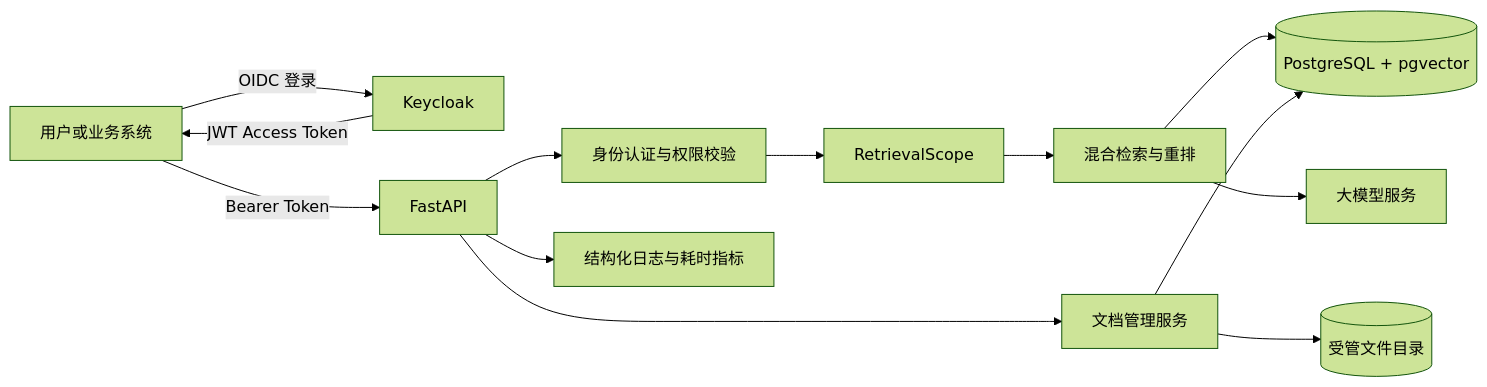
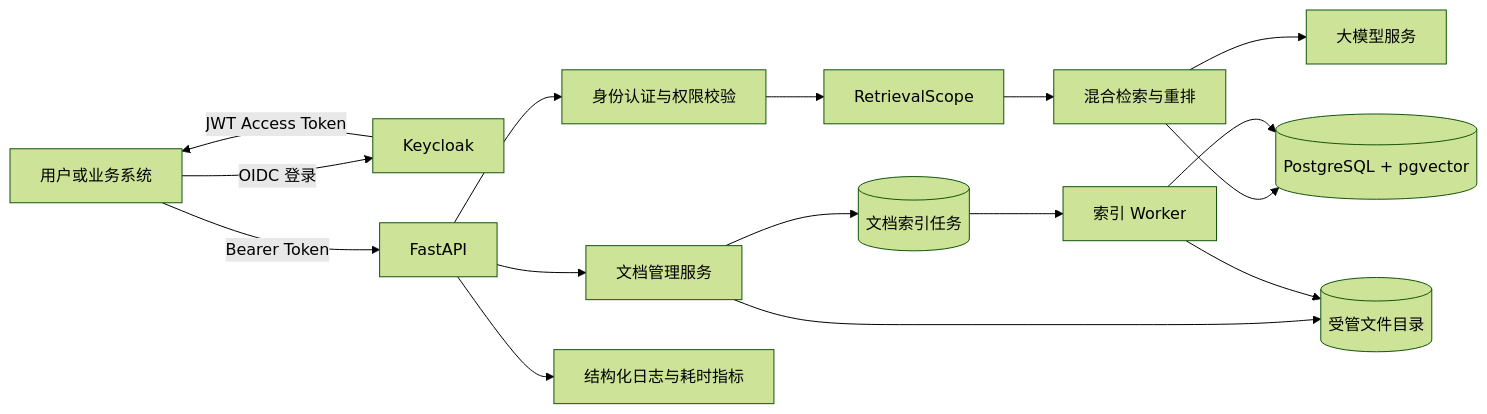
The diagram in README.md (Heresy0/Multi-tenant-long-context-rag-engine), drawn with Mermaid (forest theme) before and after one commit. The commit also changed other lines of this file and 13 other files, not shown here.

````diff
--- a/README.md
+++ b/README.md
@@ -27,15 +27,18 @@
 ```mermaid
 flowchart LR
     U[用户或业务系统] -->|OIDC 登录| K[Keycloak]
     K -->|JWT Access Token| U
     U -->|Bearer Token| A[FastAPI]
     A --> I[身份认证与权限校验]
     I --> S[RetrievalScope]
     S --> R[混合检索与重排]
     R --> P[(PostgreSQL + pgvector)]
     R --> L[大模型服务]
     A --> D[文档管理服务]
     D --> F[(受管文件目录)]
-    D --> P
+    D --> J[(文档索引任务)]
+    J --> W[索引 Worker]
+    W --> F
+    W --> P
     A --> O[结构化日志与耗时指标]
 ```
````
